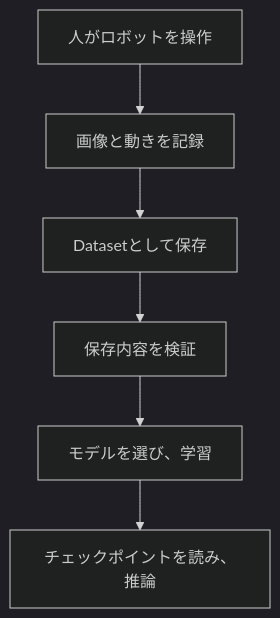
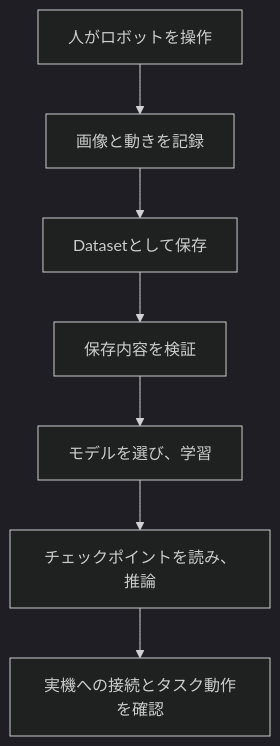
Before and after one commit to 26Taku/aloha-vla-reference: the diagram in README.md, drawn with Mermaid (dark theme). The commit also changed other lines of this file and 22 other files, not shown here.

````diff
--- a/README.md
+++ b/README.md
@@ -5,8 +5,9 @@
 ```mermaid
 flowchart TD
     A["人がロボットを操作"] --> B["画像と動きを記録"]
     B --> C["Datasetとして保存"]
     C --> D["保存内容を検証"]
     D --> E["モデルを選び、学習"]
     E --> F["チェックポイントを読み、推論"]
+    F --> G["実機への接続とタスク動作を確認"]
 ```
````
